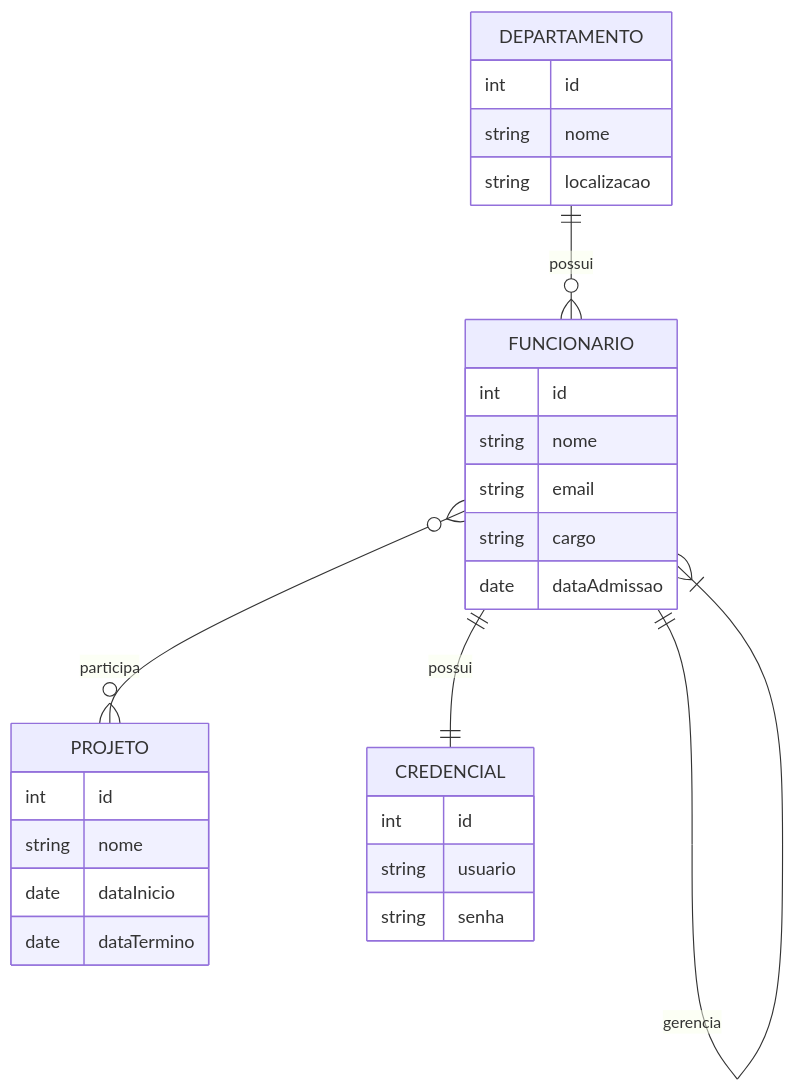
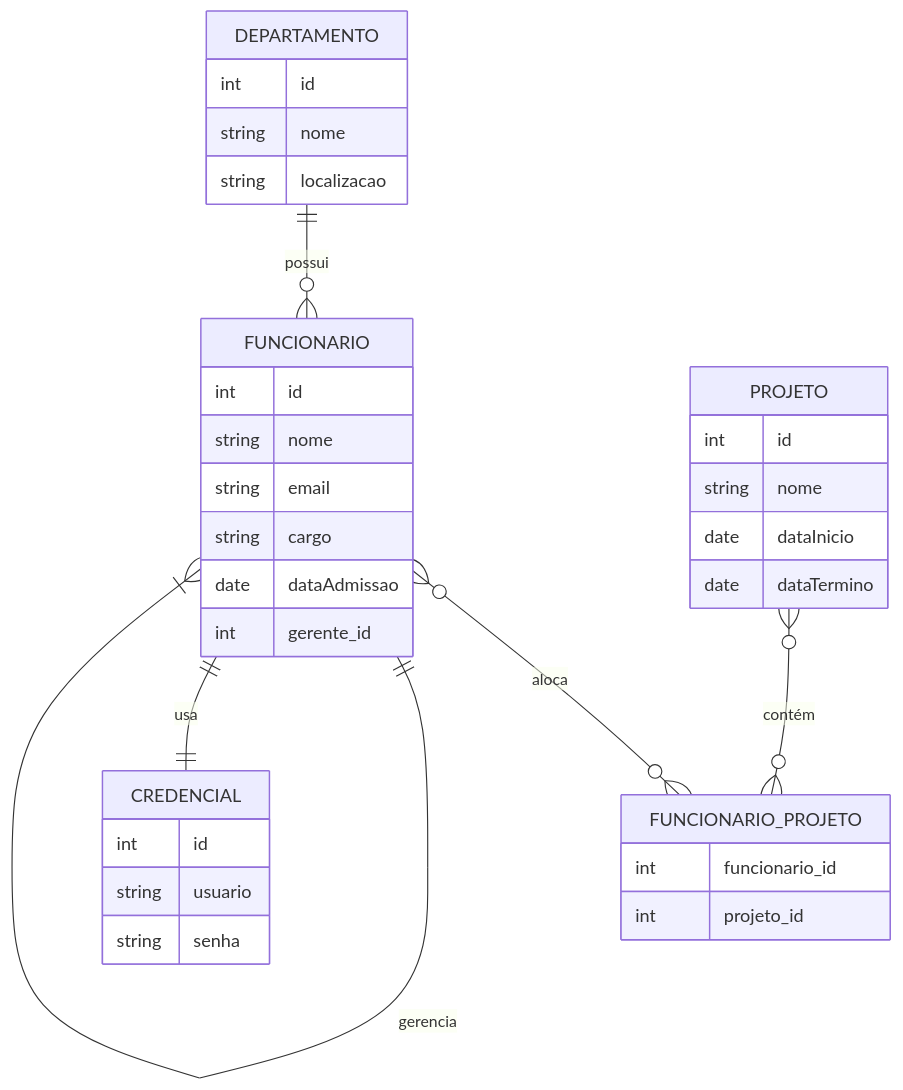
The diagram in db/aulas/ModeloER.md (diegooilv/IFRS2025), drawn with Mermaid before and after one commit. The commit also changed other lines of this file and 8 other files, not shown here.

````diff
--- a/db/aulas/ModeloER.md
+++ b/db/aulas/ModeloER.md
@@ -100,38 +78,37 @@
 ```mermaid
 erDiagram
     FUNCIONARIO {
       int id
       string nome
       string email
       string cargo
       date dataAdmissao
+      int gerente_id
     }
     DEPARTAMENTO {
       int id
       string nome
       string localizacao
     }
     PROJETO {
       int id
       string nome
       date dataInicio
       date dataTermino
     }
     CREDENCIAL {
       int id
       string usuario
       string senha
     }
+    FUNCIONARIO_PROJETO {
+      int funcionario_id
+      int projeto_id
+    }
 
-    %% Relacionamento 1:N entre Departamento e Funcionário
     DEPARTAMENTO ||--o{ FUNCIONARIO : "possui"
-    
-    %% Relacionamento N:N entre Funcionário e Projeto
-    FUNCIONARIO }o--o{ PROJETO : "participa"
-    
-    %% Autorrelação: Funcionário gerencia Funcionário
+    FUNCIONARIO }o--o{ FUNCIONARIO_PROJETO : "aloca"
+    PROJETO }o--o{ FUNCIONARIO_PROJETO : "contém"
     FUNCIONARIO ||--|{ FUNCIONARIO : "gerencia"
-    
-    %% Relacionamento 1:1 entre Funcionário e Credencial
-    FUNCIONARIO ||--|| CREDENCIAL : "possui"
+    FUNCIONARIO ||--|| CREDENCIAL : "usa"
 ```
````
